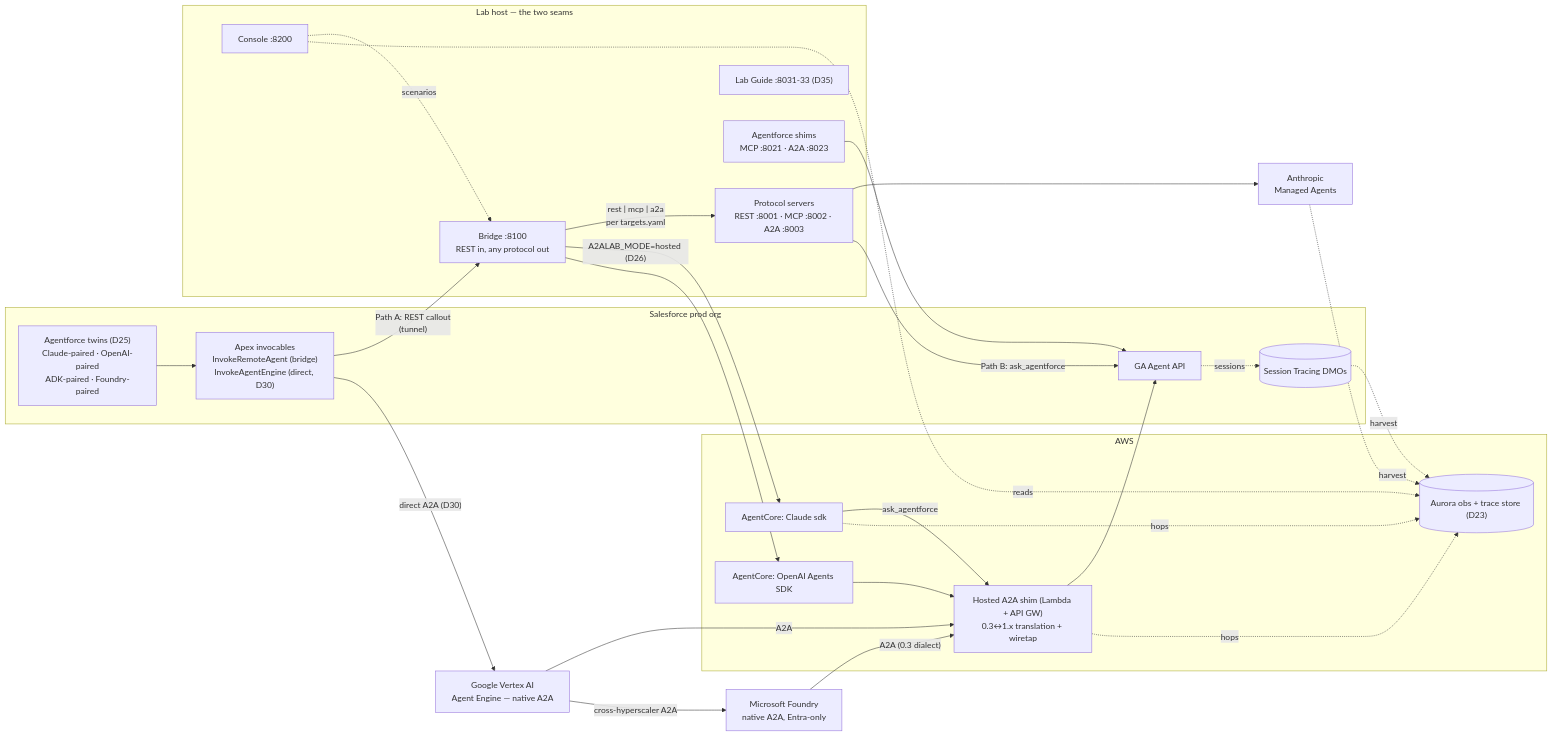
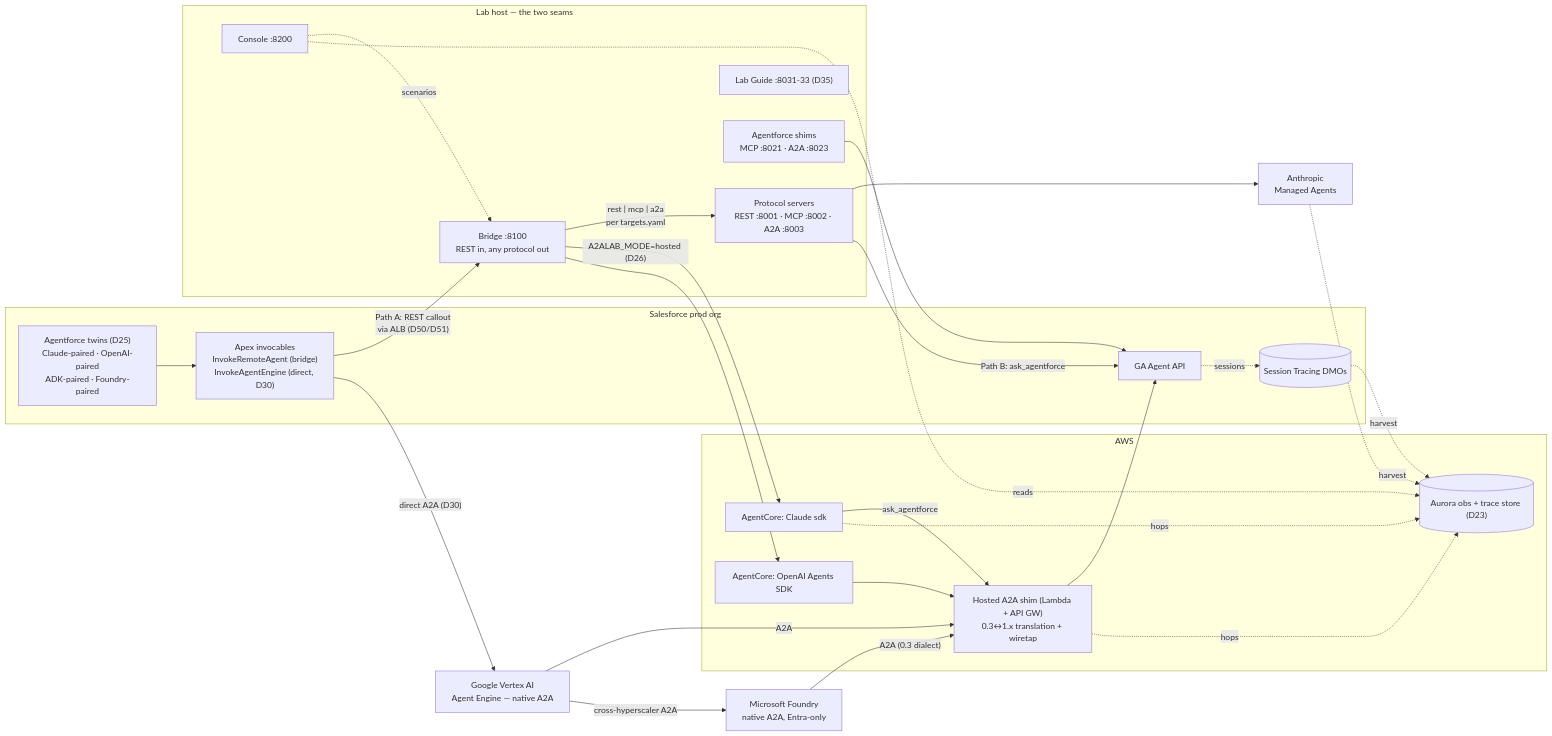
One commit to congmingwudi/a2a-lab changed the second of 4 diagrams in README.md. Above: the diagram before and after it, drawn with Mermaid. The commit also changed other lines of this file and 7 other files, not shown here.

````diff
--- a/README.md
+++ b/README.md
@@ -267,51 +267,51 @@
 ```mermaid
 flowchart LR
     subgraph sforg["Salesforce prod org"]
         TWINS["Agentforce twins (D25)<br/>Claude-paired · OpenAI-paired<br/>ADK-paired · Foundry-paired"]
         APEX["Apex invocables<br/>InvokeRemoteAgent (bridge)<br/>InvokeAgentEngine (direct, D30)"]
         AGENTAPI["GA Agent API"]
         STDM[("Session Tracing DMOs")]
         TWINS --> APEX
         AGENTAPI -. sessions .-> STDM
     end
 
     subgraph lab["Lab host — the two seams"]
         BR["Bridge :8100<br/>REST in, any protocol out"]
         SRV["Protocol servers<br/>REST :8001 · MCP :8002 · A2A :8003"]
         GUIDE["Lab Guide :8031-33 (D35)"]
         SHIMS["Agentforce shims<br/>MCP :8021 · A2A :8023"]
         CONSOLE["Console :8200"]
     end
 
     subgraph aws["AWS"]
         ACC["AgentCore: Claude sdk"]
         ACO["AgentCore: OpenAI Agents SDK"]
         HSHIM["Hosted A2A shim (Lambda + API GW)<br/>0.3↔1.x translation + wiretap"]
         OBSDB[("Aurora obs + trace store (D23)")]
     end
 
     CMA["Anthropic<br/>Managed Agents"]
     ADK["Google Vertex AI<br/>Agent Engine — native A2A"]
     FDY["Microsoft Foundry<br/>native A2A, Entra-only"]
 
-    APEX -- "Path A: REST callout<br/>(tunnel)" --> BR
+    APEX -- "Path A: REST callout<br/>via ALB (D50/D51)" --> BR
     APEX -- "direct A2A (D30)" --> ADK
     BR -- "rest | mcp | a2a<br/>per targets.yaml" --> SRV
     BR -- "A2ALAB_MODE=hosted (D26)" --> ACC
     BR --> ACO
     SRV --> CMA
     SRV -- "Path B: ask_agentforce" --> AGENTAPI
     SHIMS --> AGENTAPI
     ACC -- ask_agentforce --> HSHIM
     ACO --> HSHIM
     ADK -- A2A --> HSHIM
     FDY -- "A2A (0.3 dialect)" --> HSHIM
     ADK -- "cross-hyperscaler A2A" --> FDY
     HSHIM --> AGENTAPI
     CONSOLE -.scenarios.-> BR
     CONSOLE -.reads.-> OBSDB
     HSHIM -.hops.-> OBSDB
     ACC -.hops.-> OBSDB
     STDM -.harvest.-> OBSDB
     CMA -.harvest.-> OBSDB
 ```
````
